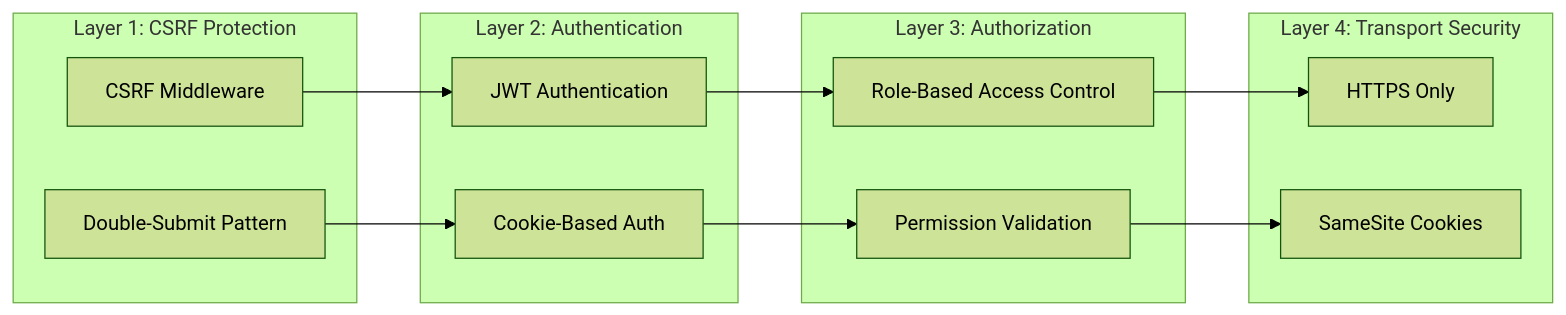
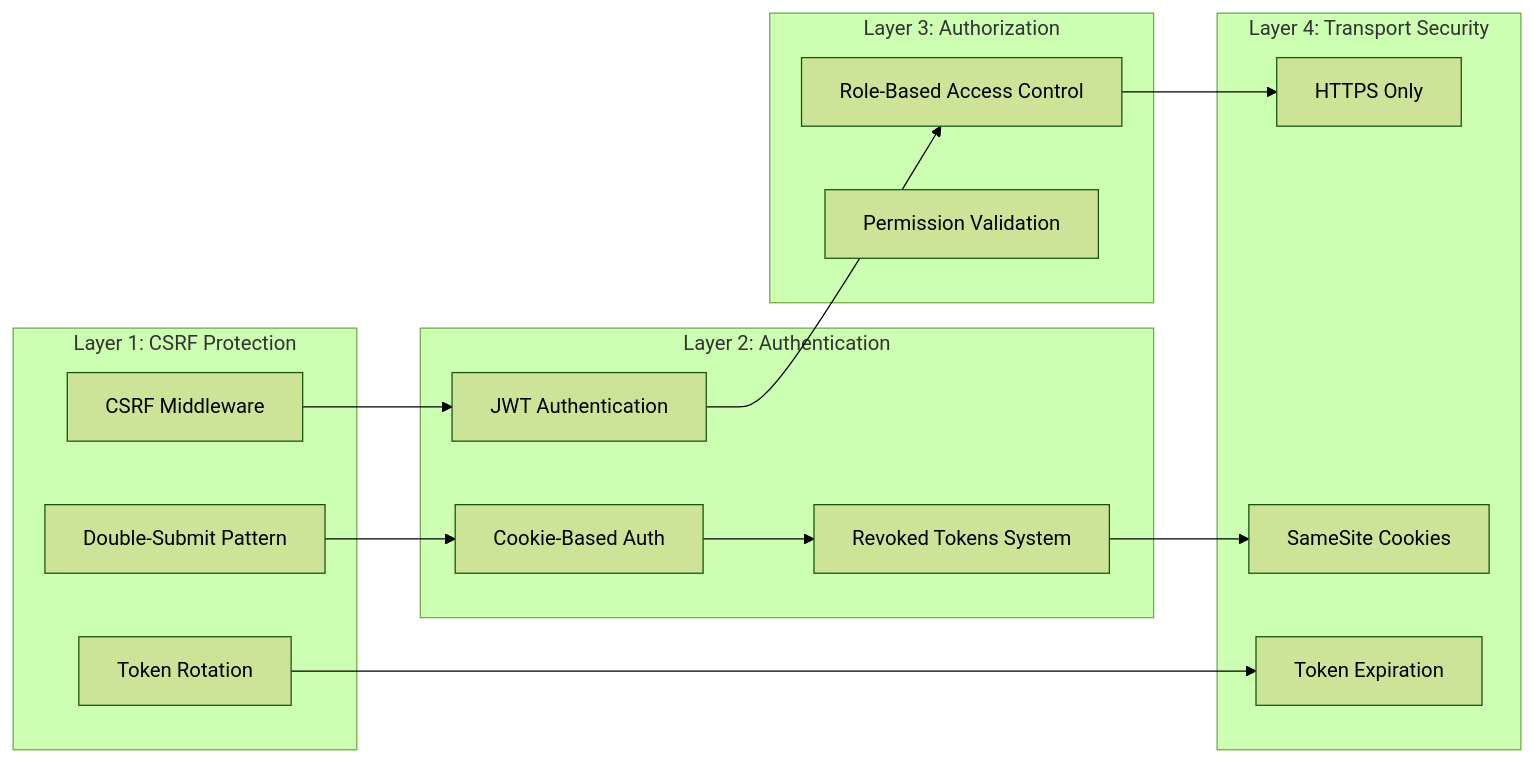
Before and after one commit to Revanththetalogics/aireume: the fifth of 7 diagrams in .qoder/repowiki/en/content/Advanced Topics/Security Hardening/CSRF Protection Middleware.md, drawn with Mermaid (forest theme). The commit also changed other lines of this file and 33 other files, not shown here.

````diff
--- a/.qoder/repowiki/en/content/Advanced Topics/Security Hardening/CSRF Protection Middleware.md
+++ b/.qoder/repowiki/en/content/Advanced Topics/Security Hardening/CSRF Protection Middleware.md
@@ -209,25 +240,29 @@
 ```mermaid
 graph LR
 subgraph "Layer 1: CSRF Protection"
 A[CSRF Middleware]
 B[Double-Submit Pattern]
+C[Token Rotation]
 end
 subgraph "Layer 2: Authentication"
-C[JWT Authentication]
-D[Cookie-Based Auth]
+D[JWT Authentication]
+E[Cookie-Based Auth]
+F[Revoked Tokens System]
 end
 subgraph "Layer 3: Authorization"
-E[Role-Based Access Control]
-F[Permission Validation]
+G[Role-Based Access Control]
+H[Permission Validation]
 end
 subgraph "Layer 4: Transport Security"
-G[HTTPS Only]
-H[SameSite Cookies]
+I[HTTPS Only]
+J[SameSite Cookies]
+K[Token Expiration]
 end
-A --> C
-C --> E
-E --> G
-B --> D
-D --> F
-F --> H
+A --> D
+D --> G
+G --> I
+B --> E
+E --> F
+F --> J
+C --> K
 ```
````
